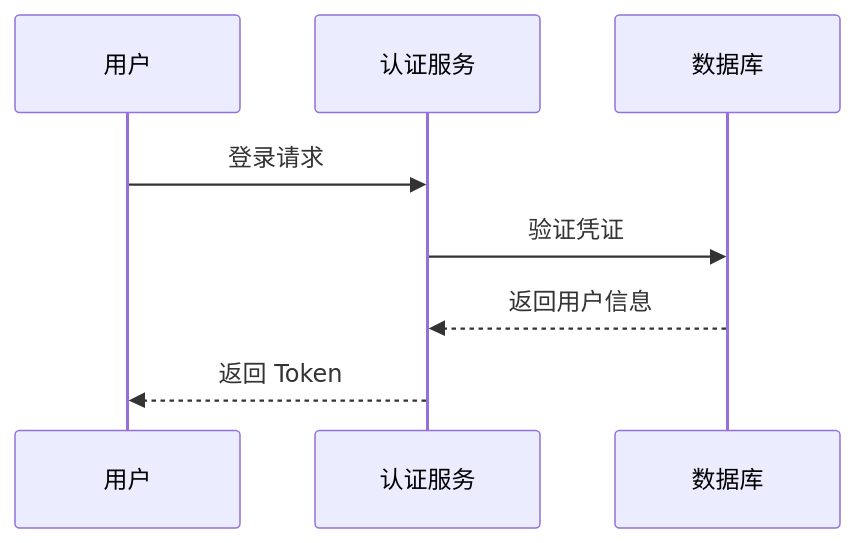
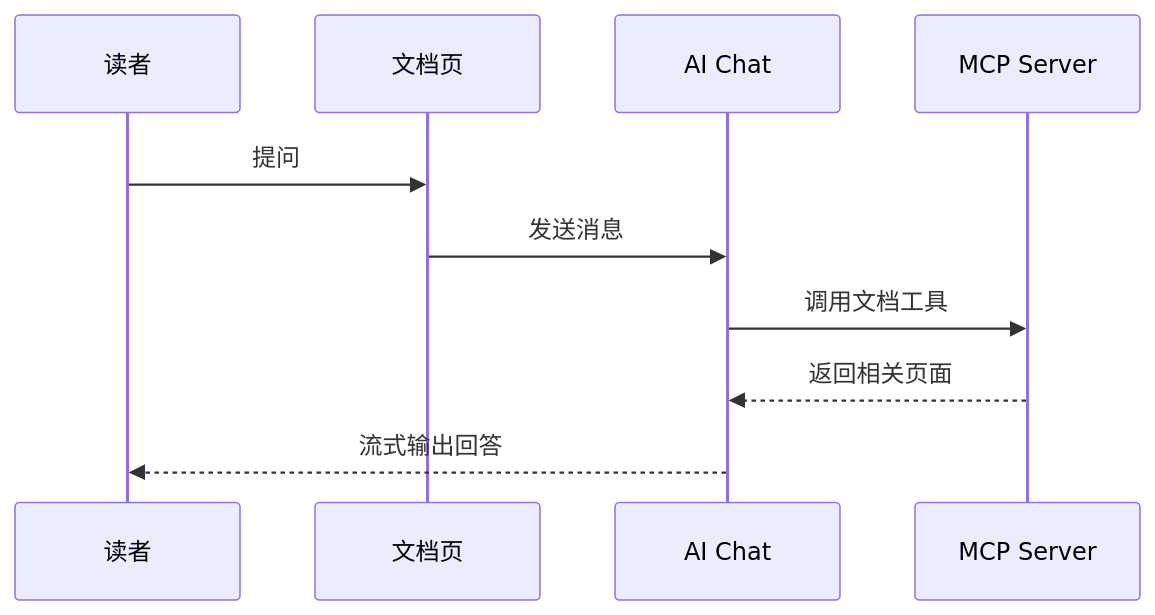
One commit to mhaibaraai/movk-nuxt-docs changed the second of 7 diagrams in docs/content/docs/4.writing/5.mermaid.md. Above: the diagram before and after it, drawn with Mermaid. The commit also changed other lines of this file and 34 other files, not shown here.

````diff
--- a/docs/content/docs/4.writing/5.mermaid.md
+++ b/docs/content/docs/4.writing/5.mermaid.md
@@ -93,10 +100,12 @@
-```mermaid [auth-flow.mmd]
+```mermaid [ai-chat.mmd]
 sequenceDiagram
-    participant U as 用户
-    participant A as 认证服务
-    participant D as 数据库
-    U->>A: 登录请求
-    A->>D: 验证凭证
-    D-->>A: 返回用户信息
-    A-->>U: 返回 Token
+    participant U as 读者
+    participant P as 文档页
+    participant A as AI Chat
+    participant M as MCP Server
+    U->>P: 提问
+    P->>A: 发送消息
+    A->>M: 调用文档工具
+    M-->>A: 返回相关页面
+    A-->>U: 流式输出回答
 ```
````
